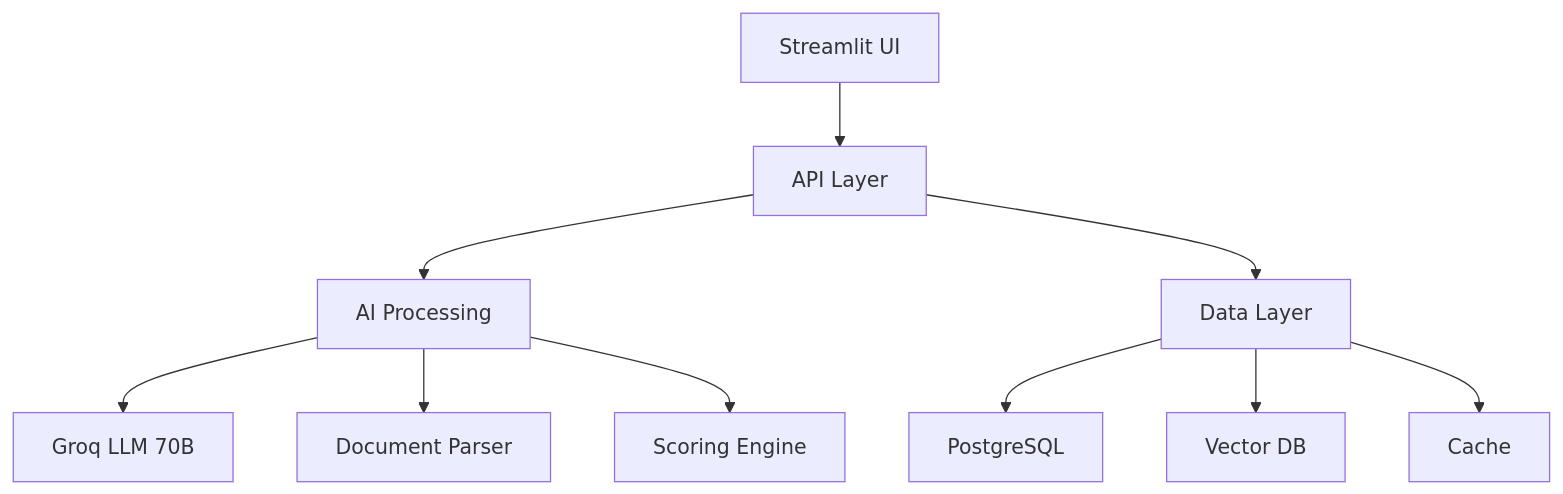
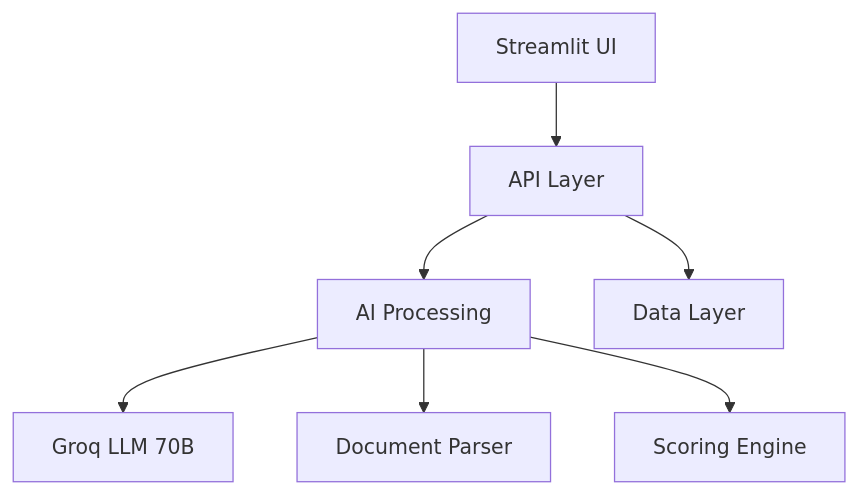
One commit to sidharthsajith/NaukriAI changed the diagram in README.md. Above: the diagram before and after it, drawn with Mermaid. The commit also changed other lines of this file, not shown here.

````diff
--- a/README.md
+++ b/README.md
@@ -53,12 +50,9 @@
 ```mermaid
 graph TD
     A[Streamlit UI] --> B[API Layer]
     B --> C[AI Processing]
     C --> D[Groq LLM 70B]
     C --> E[Document Parser]
     C --> F[Scoring Engine]
     B --> G[Data Layer]
-    G --> H[PostgreSQL]
-    G --> I[Vector DB]
-    G --> J[Cache]
 ```
````
